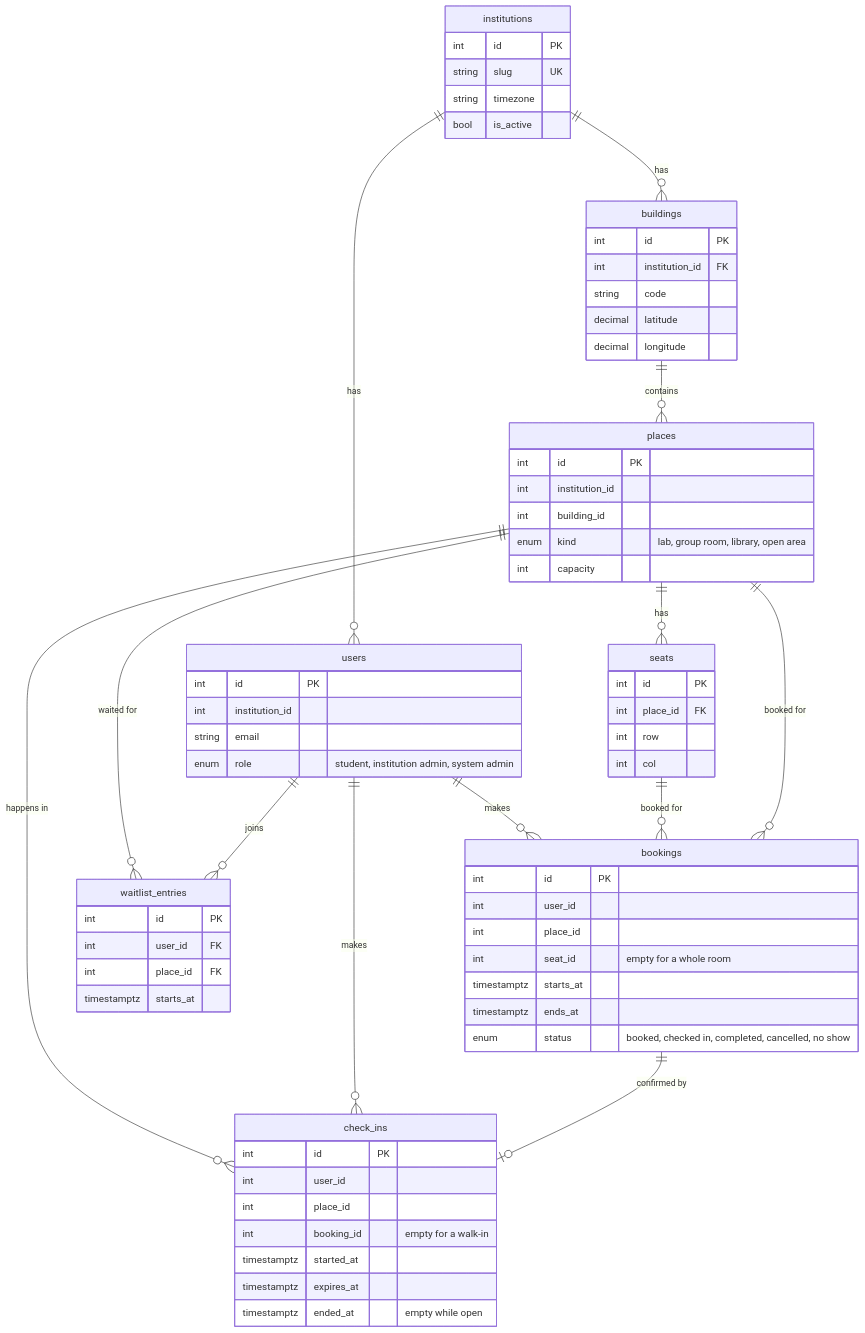
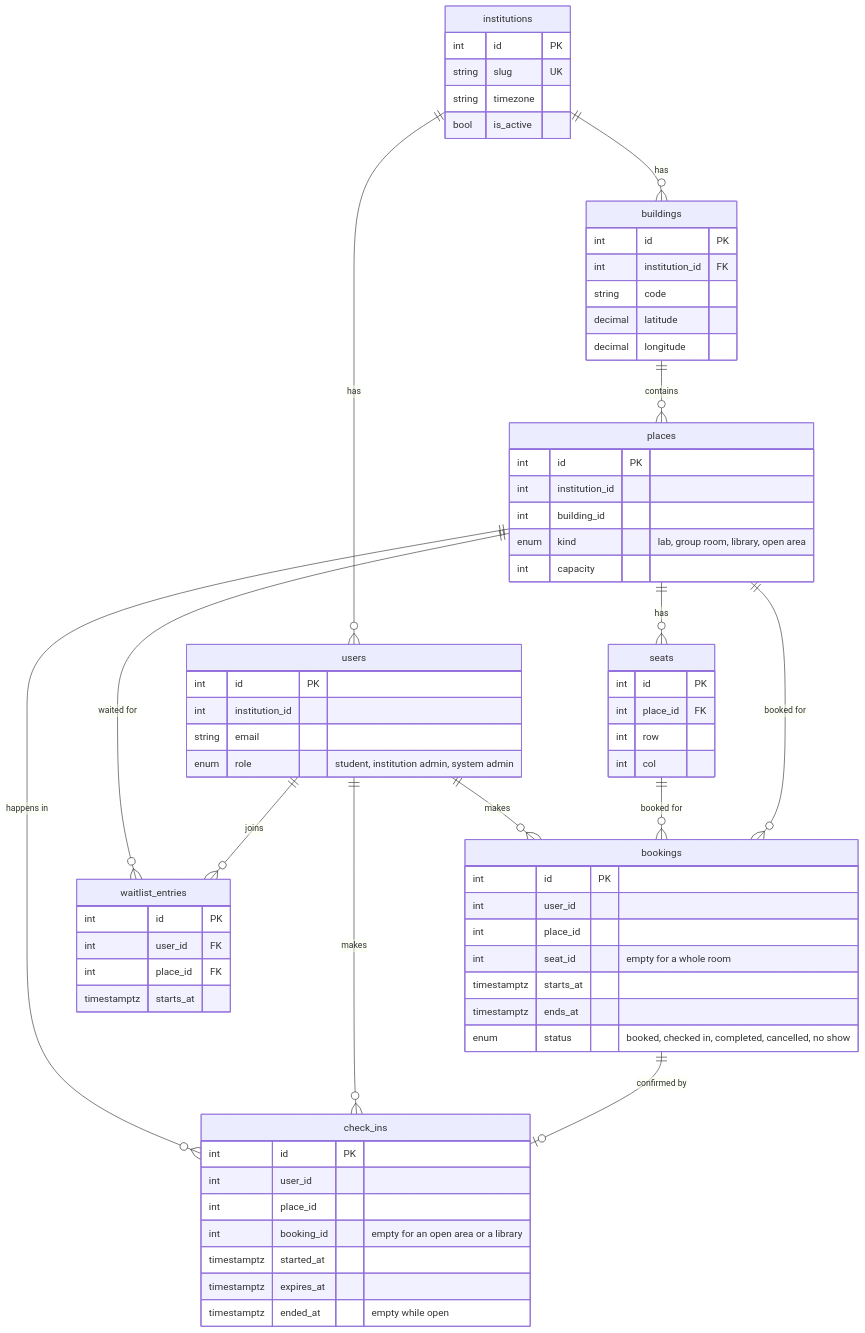
Before and after one commit to itayG11/studyspot: the diagram in docs/design/database.md, drawn with Mermaid. The commit also changed other lines of this file and 8 other files, not shown here.

````diff
--- a/docs/design/database.md
+++ b/docs/design/database.md
@@ -9,72 +9,72 @@
 ```mermaid
 erDiagram
     institutions ||--o{ buildings : has
     institutions ||--o{ users : has
     buildings ||--o{ places : contains
     places ||--o{ seats : has
     places ||--o{ bookings : "booked for"
     seats ||--o{ bookings : "booked for"
     users ||--o{ bookings : makes
     bookings ||--o| check_ins : "confirmed by"
     users ||--o{ check_ins : makes
     places ||--o{ check_ins : "happens in"
     users ||--o{ waitlist_entries : joins
     places ||--o{ waitlist_entries : "waited for"
 
     institutions {
         int id PK
         string slug UK
         string timezone
         bool is_active
     }
     buildings {
         int id PK
         int institution_id FK
         string code
         decimal latitude
         decimal longitude
     }
     places {
         int id PK
         int institution_id
         int building_id
         enum kind "lab, group room, library, open area"
         int capacity
     }
     seats {
         int id PK
         int place_id FK
         int row
         int col
     }
     users {
         int id PK
         int institution_id
         string email
         enum role "student, institution admin, system admin"
     }
     bookings {
         int id PK
         int user_id
         int place_id
         int seat_id "empty for a whole room"
         timestamptz starts_at
         timestamptz ends_at
         enum status "booked, checked in, completed, cancelled, no show"
     }
     check_ins {
         int id PK
         int user_id
         int place_id
-        int booking_id "empty for a walk-in"
+        int booking_id "empty for an open area or a library"
         timestamptz started_at
         timestamptz expires_at
         timestamptz ended_at "empty while open"
     }
     waitlist_entries {
         int id PK
         int user_id FK
         int place_id FK
         timestamptz starts_at
     }
 ```
````
